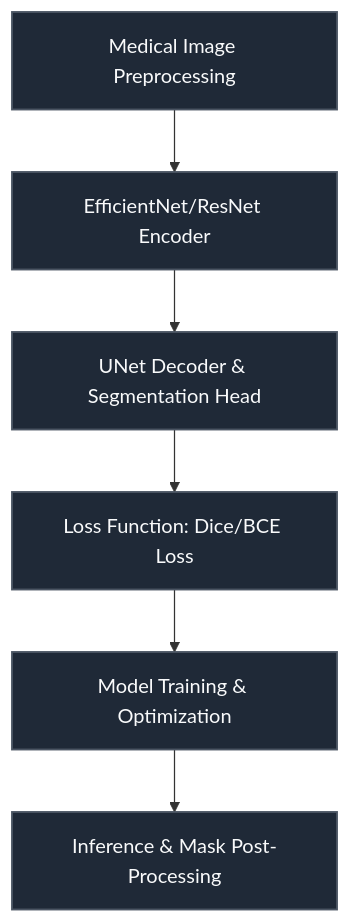
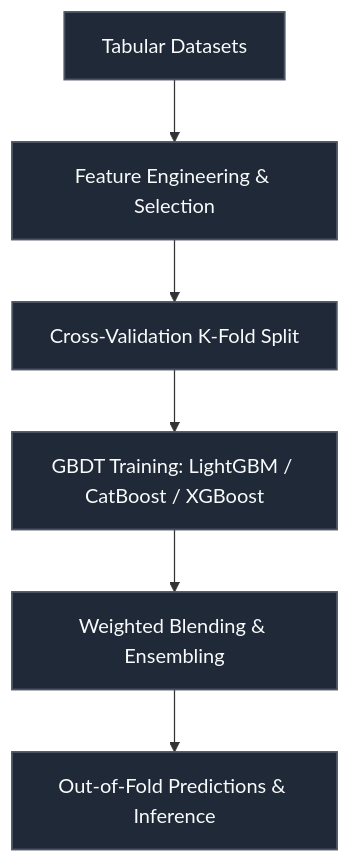
The diagram in README.md (RAFIRE-ESSE/Detect-AI-vs-Human-Generated-Images), drawn with Mermaid before and after one commit. The commit also changed other lines of this file, not shown here.

````diff
--- a/README.md
+++ b/README.md
@@ -25,14 +29,14 @@
 ```mermaid
 flowchart TD
-    Images[Medical Image Preprocessing] --> Encoder[EfficientNet/ResNet Encoder]
-    Encoder --> Decoder[UNet Decoder & Segmentation Head]
-    Decoder --> Loss[Loss Function: Dice/BCE Loss]
-    Loss --> Train[Model Training & Optimization]
-    Train --> Inf[Inference & Mask Post-Processing]
-    style Images fill:#1f2937,stroke:#4b5563,stroke-width:1.5px,color:#f9fafb
-    style Encoder fill:#1f2937,stroke:#4b5563,stroke-width:1.5px,color:#f9fafb
-    style Decoder fill:#1f2937,stroke:#4b5563,stroke-width:1.5px,color:#f9fafb
-    style Loss fill:#1f2937,stroke:#4b5563,stroke-width:1.5px,color:#f9fafb
-    style Train fill:#1f2937,stroke:#4b5563,stroke-width:1.5px,color:#f9fafb
-    style Inf fill:#1f2937,stroke:#4b5563,stroke-width:1.5px,color:#f9fafb
+    Data[Tabular Datasets] --> Features[Feature Engineering & Selection]
+    Features --> CV[Cross-Validation K-Fold Split]
+    CV --> GBDT[GBDT Training: LightGBM / CatBoost / XGBoost]
+    GBDT --> Ensemble[Weighted Blending & Ensembling]
+    Ensemble --> Pred[Out-of-Fold Predictions & Inference]
+    style Data fill:#1f2937,stroke:#4b5563,stroke-width:1.5px,color:#f9fafb
+    style Features fill:#1f2937,stroke:#4b5563,stroke-width:1.5px,color:#f9fafb
+    style CV fill:#1f2937,stroke:#4b5563,stroke-width:1.5px,color:#f9fafb
+    style GBDT fill:#1f2937,stroke:#4b5563,stroke-width:1.5px,color:#f9fafb
+    style Ensemble fill:#1f2937,stroke:#4b5563,stroke-width:1.5px,color:#f9fafb
+    style Pred fill:#1f2937,stroke:#4b5563,stroke-width:1.5px,color:#f9fafb
 ```
````
